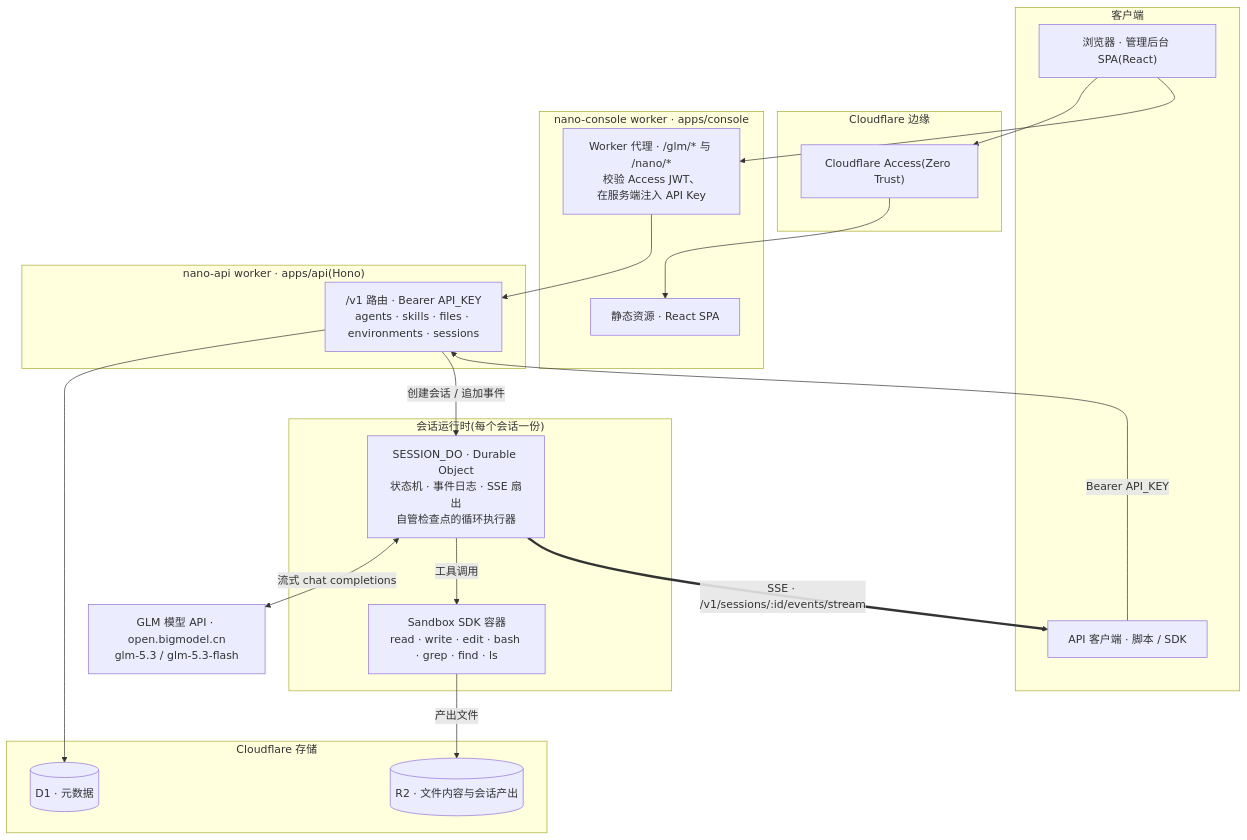
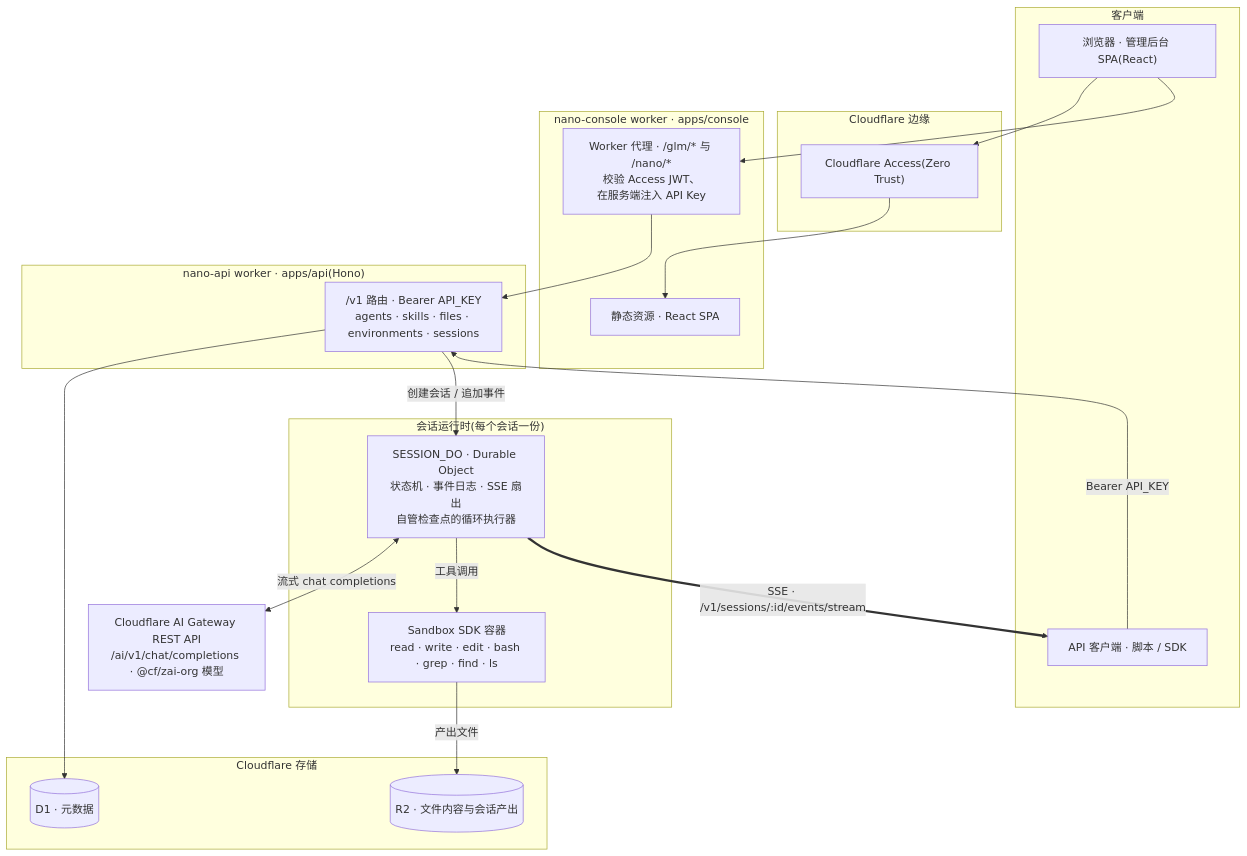
Before and after one commit to lgorthm/nano-managed-agent: the diagram in README.zh-CN.md, drawn with Mermaid. The commit also changed other lines of this file and 30 other files, not shown here.

Commit message:
feat(api): 模型服务迁移 Cloudflare AI Gateway,新增模型目录(/v1/models)与 console 模型选择:静态目录 glm-5.3/-flash 映射 @cf/zai-org wire 名称,目录外 id 透传;凭据改 CLOUDFLARE_API_TOKEN(secret)+ACCOUNT_ID/GATEWAY_ID(deploy.sh 回填),动态目录合并 Workers AI Models API(失败静默降级);deploy.sh / README / docs 同步

````diff
--- a/README.zh-CN.md
+++ b/README.zh-CN.md
@@ -93,42 +93,42 @@
 ```mermaid
 flowchart TB
     subgraph USER["客户端"]
         BROWSER["浏览器 · 管理后台 SPA(React)"]
         CLIENT["API 客户端 · 脚本 / SDK"]
     end
 
     subgraph ACCESS["Cloudflare 边缘"]
         GATE["Cloudflare Access(Zero Trust)"]
     end
 
     subgraph CONSOLE["nano-console worker · apps/console"]
         SPA["静态资源 · React SPA"]
         PROXY["Worker 代理 · /glm/* 与 /nano/*<br/>校验 Access JWT、<br/>在服务端注入 API Key"]
     end
 
     subgraph APIW["nano-api worker · apps/api(Hono)"]
         ROUTES["/v1 路由 · Bearer API_KEY<br/>agents · skills · files · environments · sessions"]
     end
 
     subgraph RUNTIME["会话运行时(每个会话一份)"]
         DO["SESSION_DO · Durable Object<br/>状态机 · 事件日志 · SSE 扇出<br/>自管检查点的循环执行器"]
         SANDBOX["Sandbox SDK 容器<br/>read · write · edit · bash · grep · find · ls"]
     end
 
     subgraph STORE["Cloudflare 存储"]
         D1[("D1 · 元数据")]
         R2[("R2 · 文件内容与会话产出")]
     end
 
-    GLM["GLM 模型 API · open.bigmodel.cn<br/>glm-5.3 / glm-5.3-flash"]
+    GLM["Cloudflare AI Gateway REST API<br/>/ai/v1/chat/completions · @cf/zai-org 模型"]
 
     BROWSER --> GATE --> SPA
     BROWSER --> PROXY --> ROUTES
     CLIENT -->|"Bearer API_KEY"| ROUTES
     ROUTES --> D1
     ROUTES -->|"创建会话 / 追加事件"| DO
     DO <-->|"流式 chat completions"| GLM
     DO -->|"工具调用"| SANDBOX
     SANDBOX -->|"产出文件"| R2
     DO ==>|"SSE · /v1/sessions/:id/events/stream"| CLIENT
 ```
````
